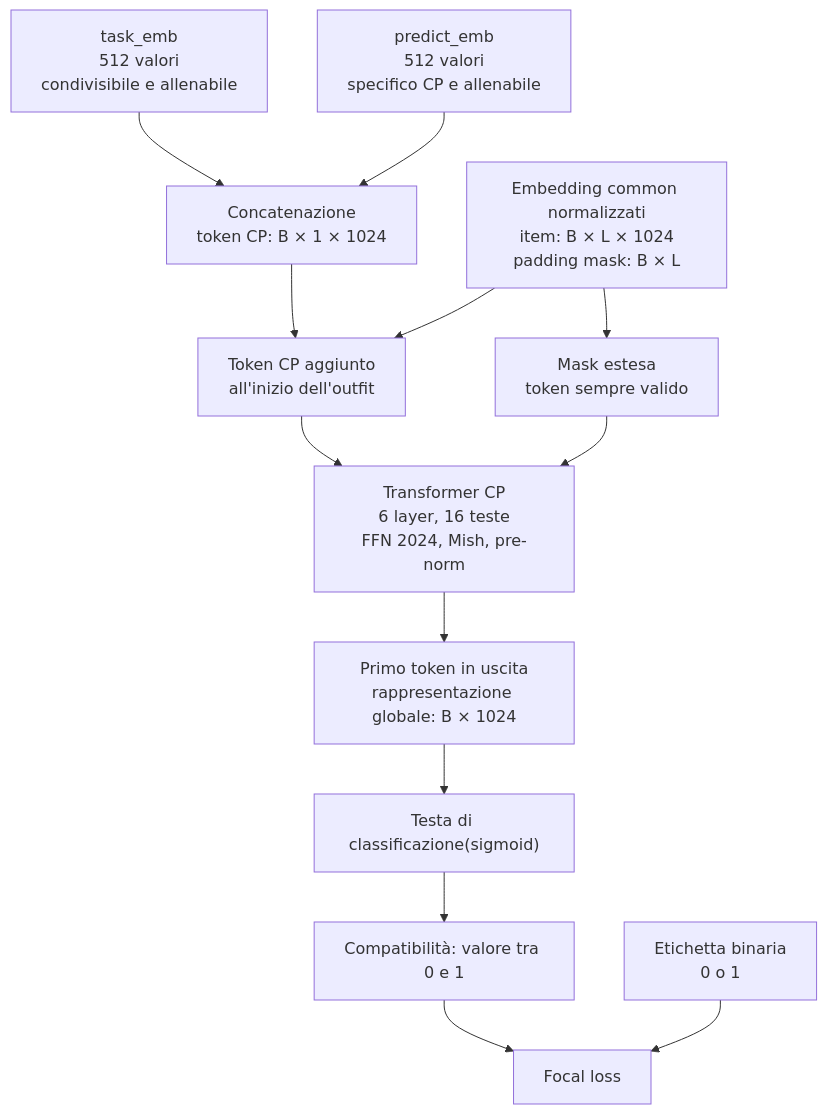
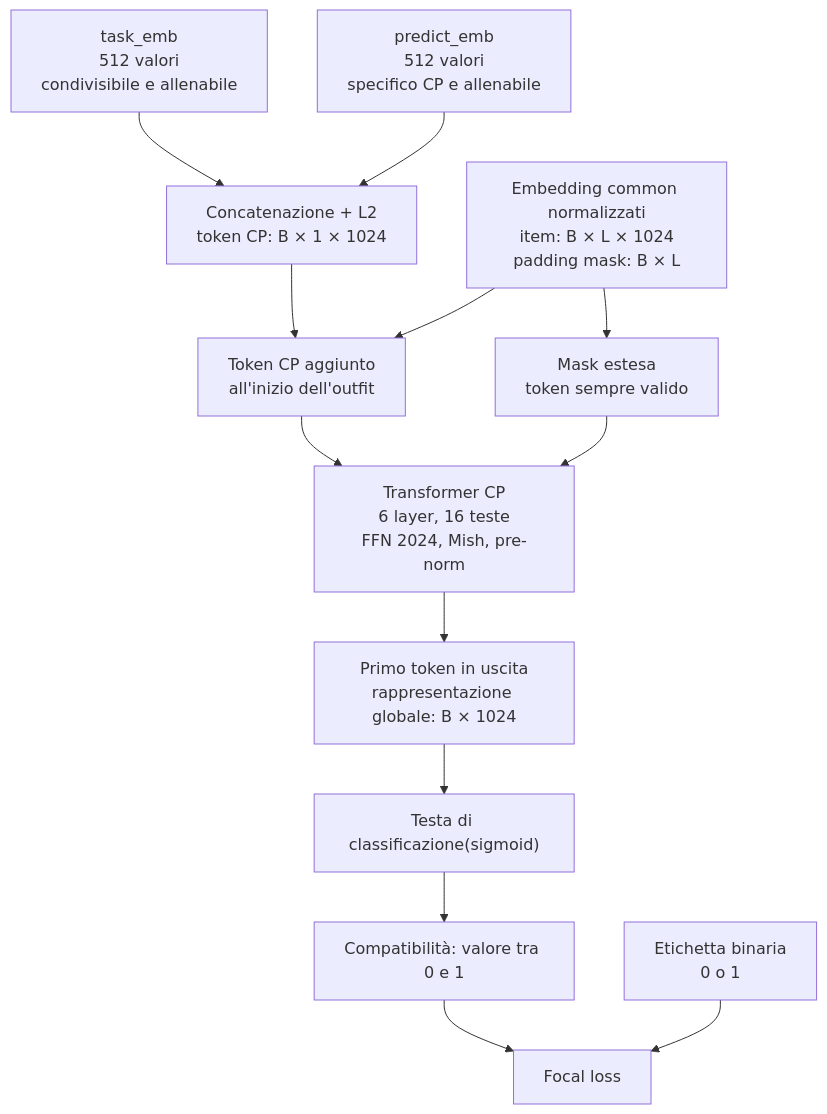
One commit to FlorindoDev/OutfitTransformer changed the diagram in model/cp/README.md. Above: the diagram before and after it, drawn with Mermaid. The commit also changed other lines of this file and 12 other files, not shown here.

````diff
--- a/model/cp/README.md
+++ b/model/cp/README.md
@@ -45,28 +45,28 @@
 ```mermaid
 flowchart TD
     COMMON["Embedding common normalizzati<br/>item: B × L × 1024<br/>padding mask: B × L"]
     TASK["task_emb<br/>512 valori<br/>condivisibile e allenabile"]
     PREDICT["predict_emb<br/>512 valori<br/>specifico CP e allenabile"]
-    TOKEN["Concatenazione<br/>token CP: B × 1 × 1024"]
+    TOKEN["Concatenazione + L2<br/>token CP: B × 1 × 1024"]
     PREPEND["Token CP aggiunto<br/>all'inizio dell'outfit"]
     MASK["Mask estesa<br/>token sempre valido"]
     TRANSFORMER["Transformer CP<br/>6 layer, 16 teste<br/>FFN 2024, Mish, pre-norm"]
     GLOBAL["Primo token in uscita<br/>rappresentazione globale: B × 1024"]
     HEAD["Testa di classificazione(sigmoid)"]
     SCORE["Compatibilità: valore tra 0 e 1"]
     LABEL["Etichetta binaria<br/>0 o 1"]
     LOSS["Focal loss<br/>"]
 
     TASK --> TOKEN
     PREDICT --> TOKEN
     TOKEN --> PREPEND
     COMMON --> PREPEND
     COMMON --> MASK
     PREPEND --> TRANSFORMER
     MASK --> TRANSFORMER
     TRANSFORMER --> GLOBAL
     GLOBAL --> HEAD
     HEAD --> SCORE
     SCORE --> LOSS
     LABEL --> LOSS
 ```
````
